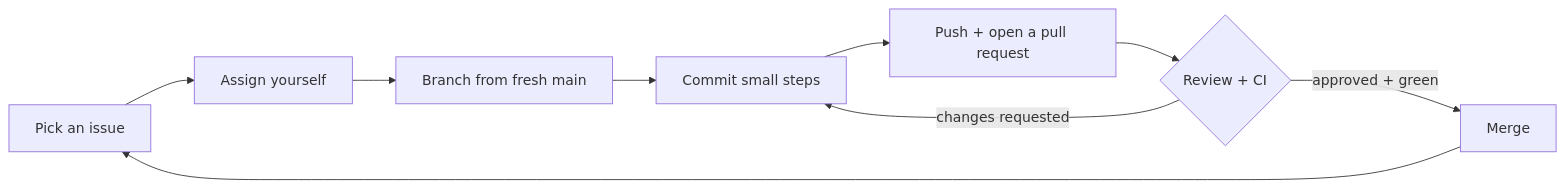
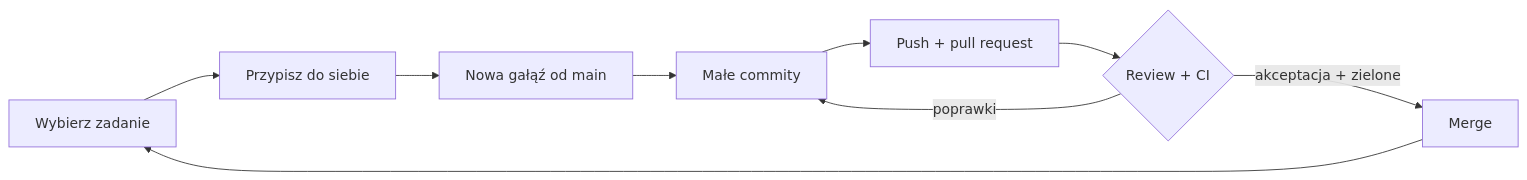
One commit to DigitalVantage/intern-playground changed the diagram in docs/github-guide.md. Above: the diagram before and after it, drawn with Mermaid. The commit also changed other lines of this file, not shown here.

````diff
--- a/docs/github-guide.md
+++ b/docs/github-guide.md
@@ -10,11 +10,11 @@
 ```mermaid
 flowchart LR
-    I[Pick an issue] --> A[Assign yourself]
-    A --> B[Branch from fresh main]
-    B --> C[Commit small steps]
-    C --> P[Push + open a pull request]
+    I[Wybierz zadanie] --> A[Przypisz do siebie]
+    A --> B[Nowa gałąź od main]
+    B --> C[Małe commity]
+    C --> P[Push + pull request]
     P --> R{Review + CI}
-    R -- changes requested --> C
-    R -- approved + green --> M[Merge]
+    R -- poprawki --> C
+    R -- akceptacja + zielone --> M[Merge]
     M --> I
 ```
````
